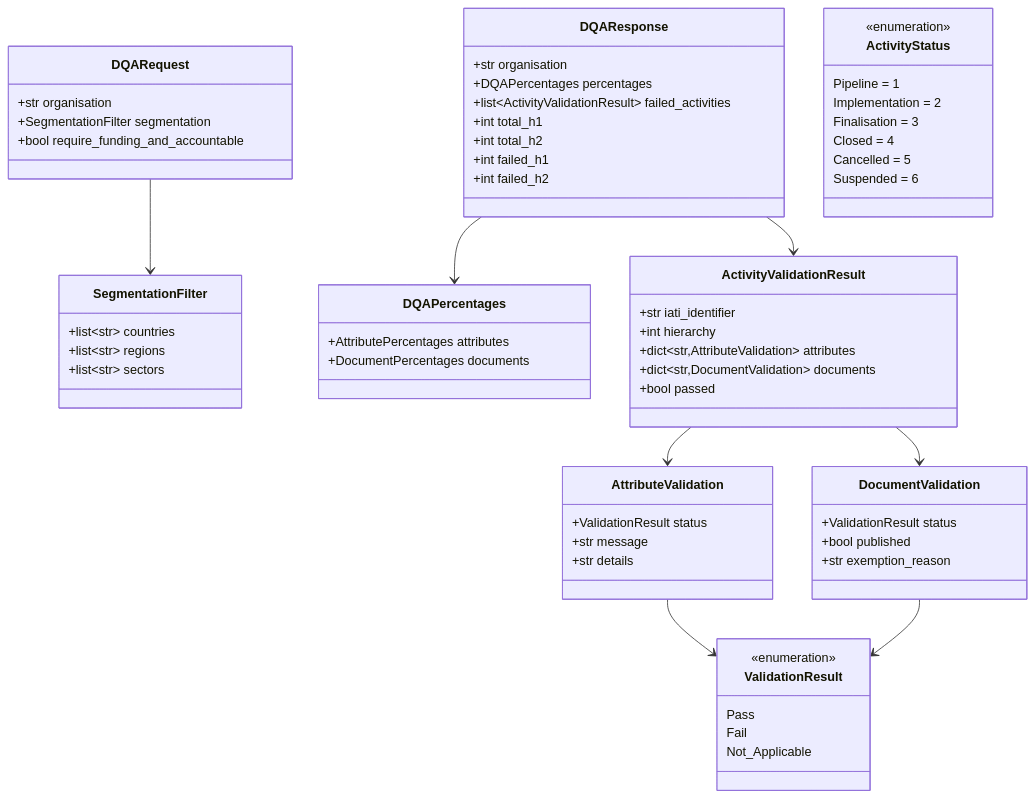
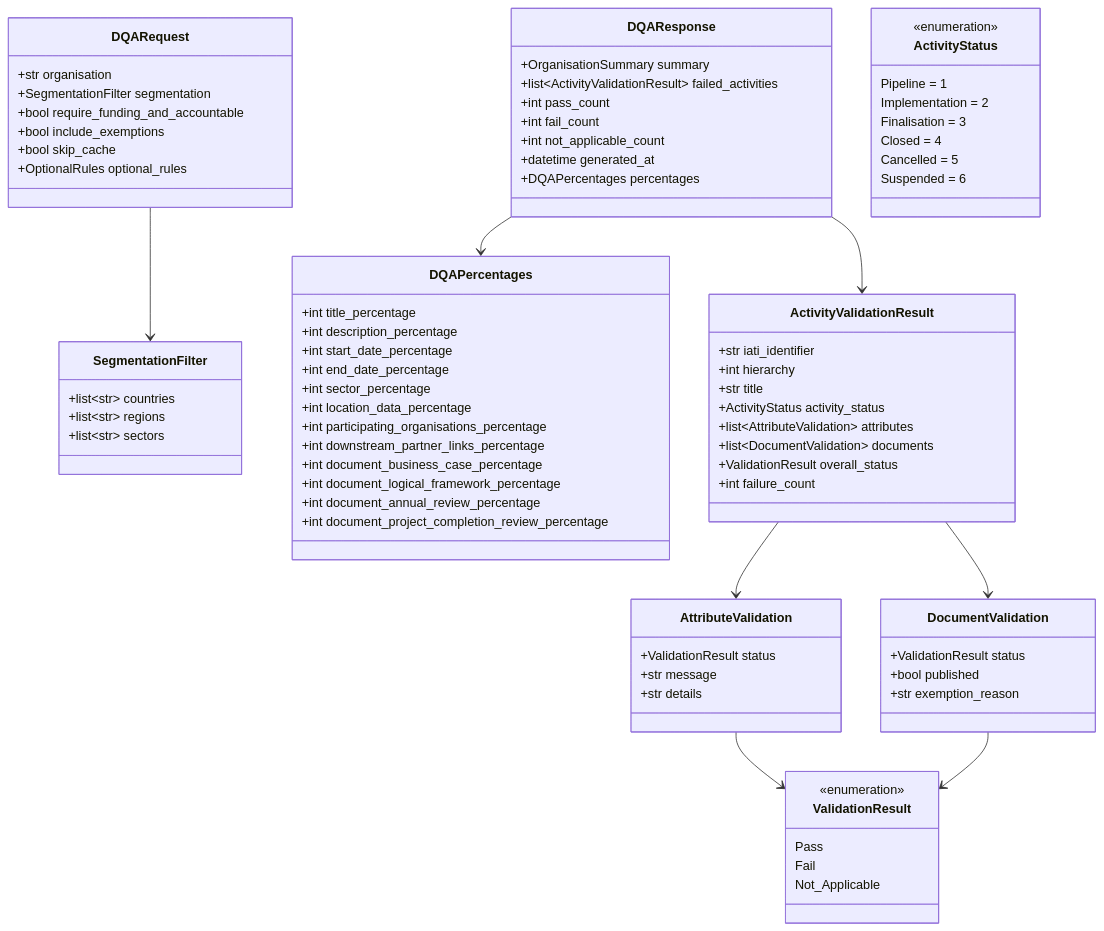
One commit to zimmerman-team/iati-cloud.dqa changed the fifth of 6 diagrams in DIAGRAMS.md. Above: the diagram before and after it, drawn with Mermaid. The commit also changed other lines of this file and 3 other files, not shown here.

Commit message:
docs: updated documentation for recent updates to validation rules

```diff
--- a/DIAGRAMS.md
+++ b/DIAGRAMS.md
@@ -138,6 +142,9 @@
         +str organisation
         +SegmentationFilter segmentation
         +bool require_funding_and_accountable
+        +bool include_exemptions
+        +bool skip_cache
+        +OptionalRules optional_rules
     }
 
     class SegmentationFilter {
@@ -147,26 +154,39 @@
     }
 
     class DQAResponse {
-        +str organisation
+        +OrganisationSummary summary
+        +list~ActivityValidationResult~ failed_activities
+        +int pass_count
+        +int fail_count
+        +int not_applicable_count
+        +datetime generated_at
         +DQAPercentages percentages
-        +list~ActivityValidationResult~ failed_activities
-        +int total_h1
-        +int total_h2
-        +int failed_h1
-        +int failed_h2
     }
 
     class DQAPercentages {
-        +AttributePercentages attributes
-        +DocumentPercentages documents
+        +int title_percentage
+        +int description_percentage
+        +int start_date_percentage
+        +int end_date_percentage
+        +int sector_percentage
+        +int location_data_percentage
+        +int participating_organisations_percentage
+        +int downstream_partner_links_percentage
+        +int document_business_case_percentage
+        +int document_logical_framework_percentage
+        +int document_annual_review_percentage
+        +int document_project_completion_review_percentage
     }
 
     class ActivityValidationResult {
         +str iati_identifier
         +int hierarchy
-        +dict~str,AttributeValidation~ attributes
-        +dict~str,DocumentValidation~ documents
-        +bool passed
+        +str title
+        +ActivityStatus activity_status
+        +list~AttributeValidation~ attributes
+        +list~DocumentValidation~ documents
+        +ValidationResult overall_status
+        +int failure_count
     }
 
     class AttributeValidation {
```
